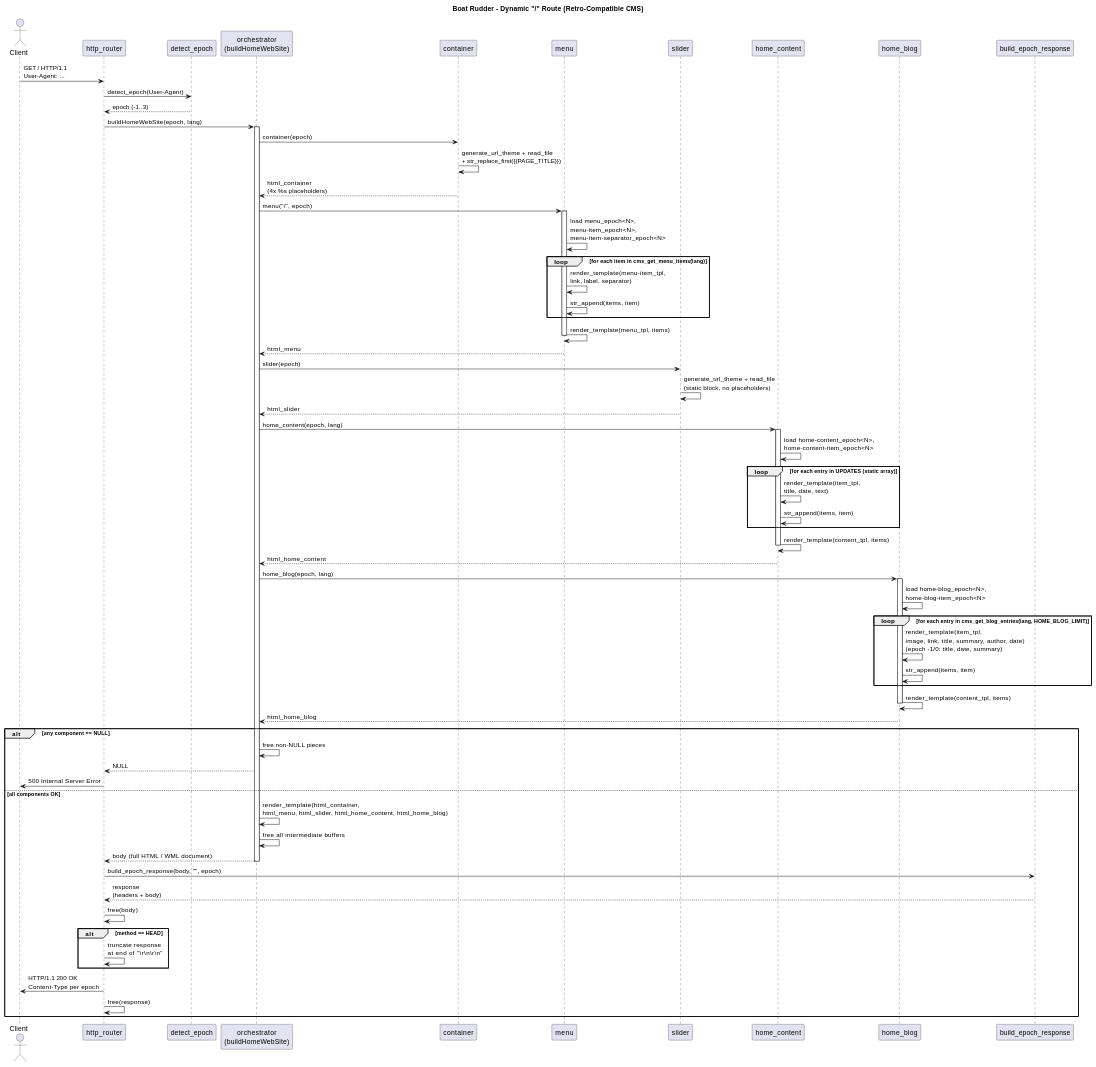
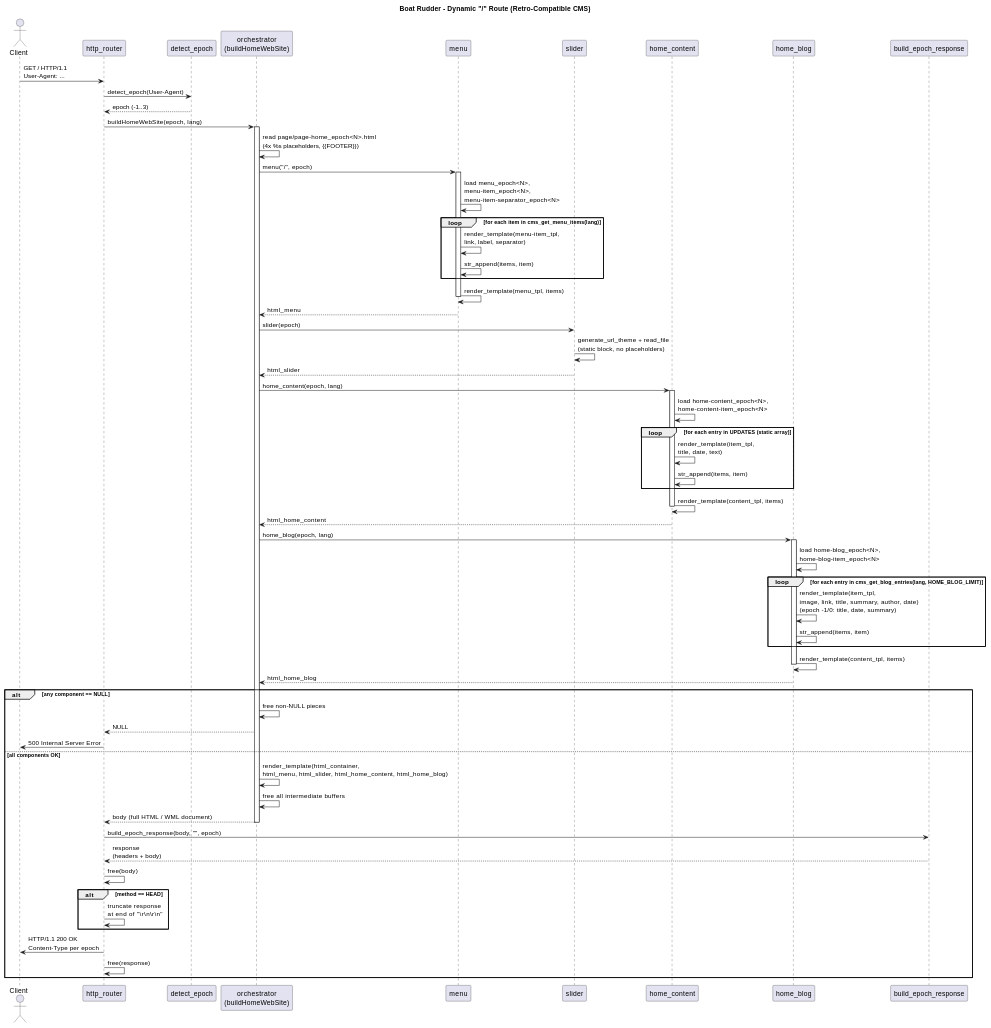
The fourth of 5 diagrams in develop_docs/boat-rudder.md (jpablotoledom/boat-rudder), drawn with PlantUML before and after one commit. The commit also changed other lines of this file and 229 other files, not shown here.

```diff
--- a/develop_docs/boat-rudder.md
+++ b/develop_docs/boat-rudder.md
@@ -475,7 +472,6 @@
 participant "http_router" as ROUTER
 participant "detect_epoch" as EPOCH
 participant "orchestrator\n(buildHomeWebSite)" as ORCH
-participant "container" as CONTAINER
 participant "menu" as MENU
 participant "slider" as SLIDER
 participant "home_content" as HOME
@@ -489,9 +485,7 @@
 ROUTER -> ORCH : buildHomeWebSite(epoch, lang)
 activate ORCH
 
-ORCH -> CONTAINER : container(epoch)
-CONTAINER -> CONTAINER : generate_url_theme + read_file\n+ str_replace_first({{PAGE_TITLE}})
-CONTAINER --> ORCH : html_container\n(4x %s placeholders)
+ORCH -> ORCH : read page/page-home_epoch<N>.html\n(4x %s placeholders, {{FOOTER}})
 
 ORCH -> MENU : menu("/", epoch)
 activate MENU
```
